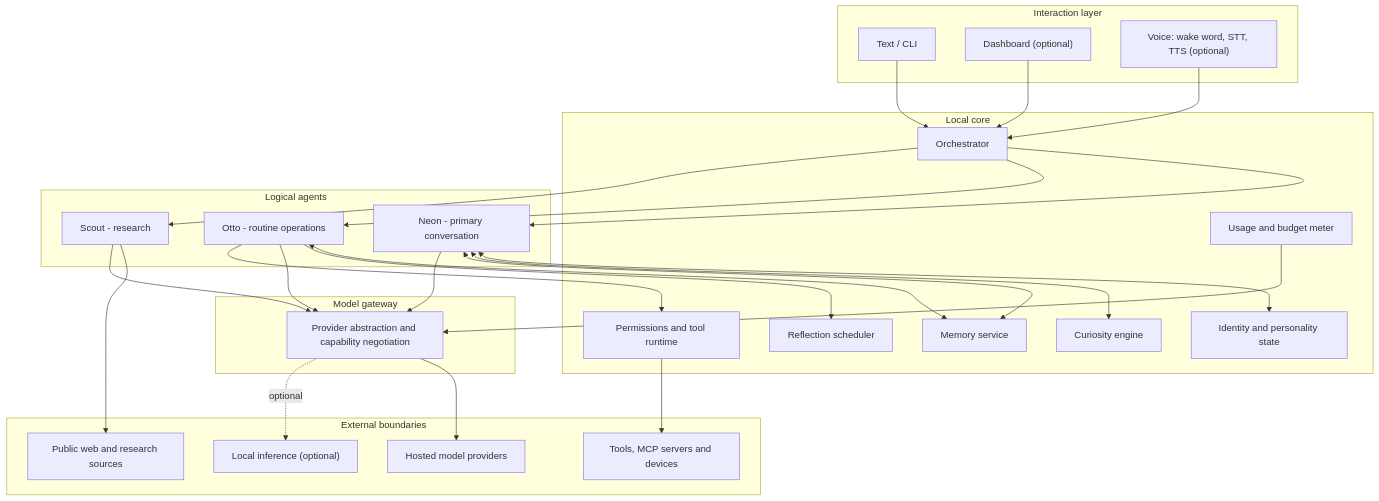
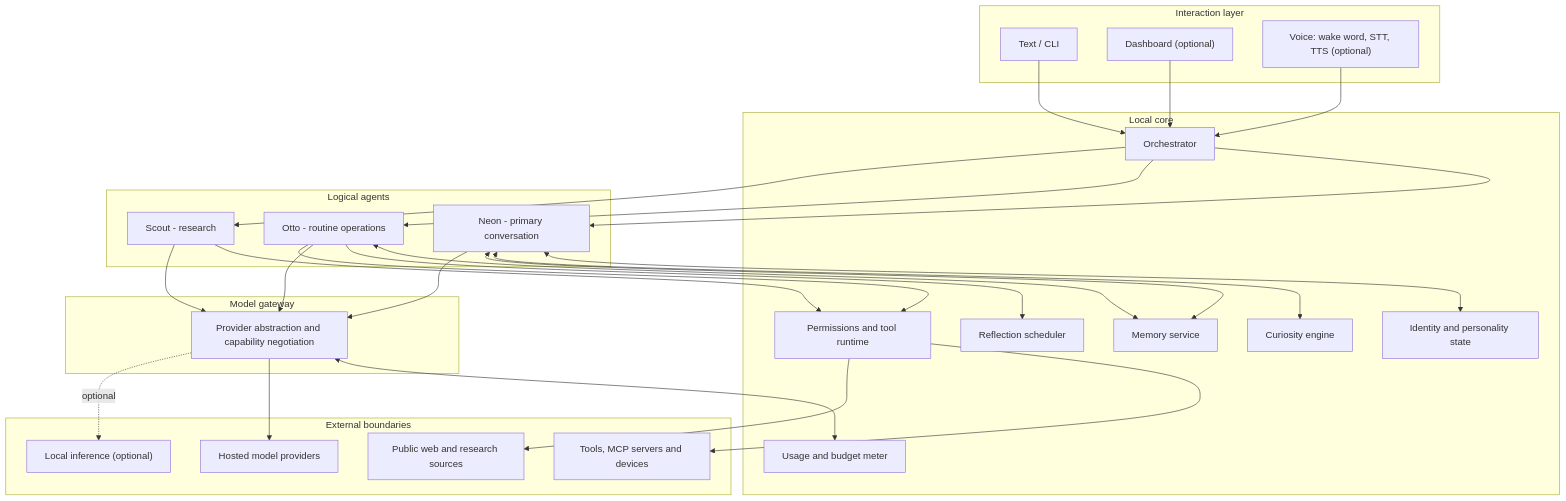
Before and after one commit to nsusheel/Bunny.ai: the diagram in README.md, drawn with Mermaid. The commit also changed other lines of this file and 11 other files, not shown here.

````diff
--- a/README.md
+++ b/README.md
@@ -92,56 +95,57 @@
 ```mermaid
 flowchart TB
     subgraph Interaction["Interaction layer"]
         CLI["Text / CLI"]
         DASH["Dashboard (optional)"]
         VOICE["Voice: wake word, STT, TTS (optional)"]
     end
 
     subgraph Core["Local core"]
         ORCH["Orchestrator"]
         ID["Identity and personality state"]
         CUR["Curiosity engine"]
         MEM["Memory service"]
         REF["Reflection scheduler"]
         PERM["Permissions and tool runtime"]
         METER["Usage and budget meter"]
     end
 
     subgraph Agents["Logical agents"]
         NEON["Neon - primary conversation"]
         OTTO["Otto - routine operations"]
         SCOUT["Scout - research"]
     end
 
     subgraph Gateway["Model gateway"]
         GW["Provider abstraction and capability negotiation"]
     end
 
     subgraph External["External boundaries"]
         CLOUD["Hosted model providers"]
         LOCAL["Local inference (optional)"]
         TOOLS["Tools, MCP servers and devices"]
         WEB["Public web and research sources"]
     end
 
     CLI --> ORCH
     DASH --> ORCH
     VOICE --> ORCH
     ORCH --> NEON
     ORCH --> OTTO
     ORCH --> SCOUT
     NEON <--> ID
     NEON <--> CUR
     NEON <--> MEM
     OTTO <--> MEM
     OTTO --> REF
-    SCOUT --> WEB
+    SCOUT --> PERM
     NEON --> GW
     OTTO --> GW
     SCOUT --> GW
+    GW <--> METER
     GW --> CLOUD
     GW -. optional .-> LOCAL
     PERM --> TOOLS
+    PERM --> WEB
     OTTO --> PERM
-    METER --> GW
 ```
````
